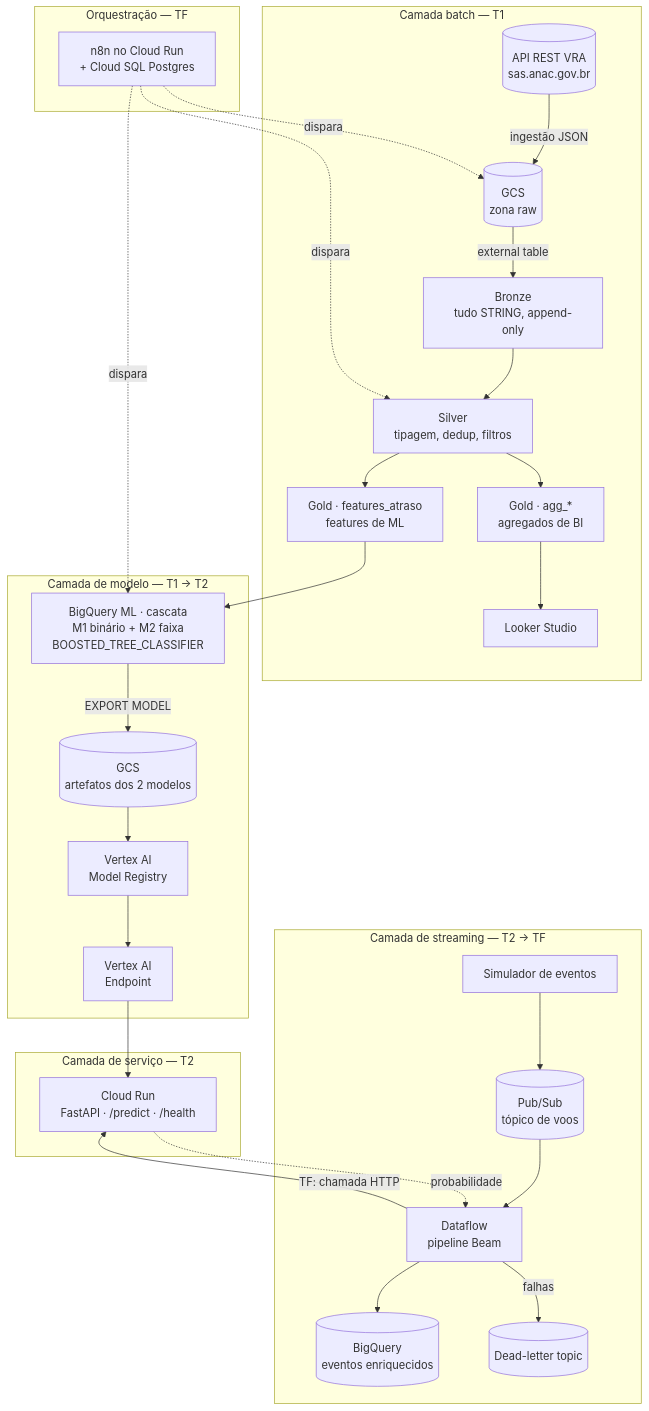
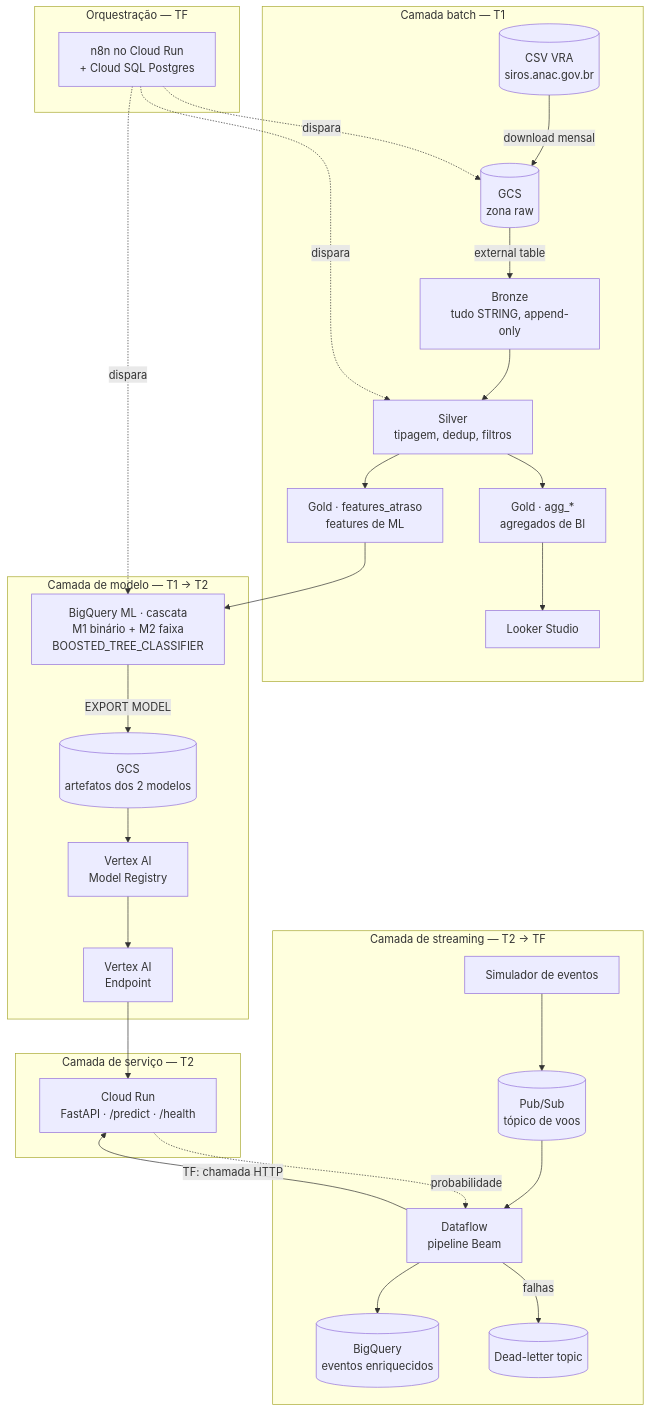
One commit to Joaohsim15/ANAC-PDM changed the diagram in docs/PRD.md. Above: the diagram before and after it, drawn with Mermaid. The commit also changed other lines of this file and 3 other files, not shown here.

````diff
--- a/docs/PRD.md
+++ b/docs/PRD.md
@@ -233,39 +265,39 @@
 ```mermaid
 flowchart TB
     subgraph batch["Camada batch — T1"]
-        ANAC[("API REST VRA<br/>sas.anac.gov.br")] -->|ingestão JSON| GCS[("GCS<br/>zona raw")]
+        ANAC[("CSV VRA<br/>siros.anac.gov.br")] -->|download mensal| GCS[("GCS<br/>zona raw")]
         GCS -->|external table| BRONZE["Bronze<br/>tudo STRING, append-only"]
         BRONZE --> SILVER["Silver<br/>tipagem, dedup, filtros"]
         SILVER --> GOLDAGG["Gold · agg_*<br/>agregados de BI"]
         SILVER --> GOLDML["Gold · features_atraso<br/>features de ML"]
         GOLDAGG --> LOOKER["Looker Studio"]
     end
 
     subgraph ml["Camada de modelo — T1 → T2"]
         GOLDML --> BQML["BigQuery ML · cascata<br/>M1 binário + M2 faixa<br/>BOOSTED_TREE_CLASSIFIER"]
         BQML -->|EXPORT MODEL| GCSMODEL[("GCS<br/>artefatos dos 2 modelos")]
         GCSMODEL --> REGISTRY["Vertex AI<br/>Model Registry"]
         REGISTRY --> ENDPOINT["Vertex AI<br/>Endpoint"]
     end
 
     subgraph serving["Camada de serviço — T2"]
         ENDPOINT --> API["Cloud Run<br/>FastAPI · /predict · /health"]
     end
 
     subgraph stream["Camada de streaming — T2 → TF"]
         SIM["Simulador de eventos"] --> PUBSUB[("Pub/Sub<br/>tópico de voos")]
         PUBSUB --> BEAM["Dataflow<br/>pipeline Beam"]
         BEAM -->|"TF: chamada HTTP"| API
         API -.->|probabilidade| BEAM
         BEAM --> ENRICHED[("BigQuery<br/>eventos enriquecidos")]
         BEAM -->|falhas| DLQ[("Dead-letter topic")]
     end
 
     subgraph orch["Orquestração — TF"]
         N8N["n8n no Cloud Run<br/>+ Cloud SQL Postgres"]
     end
 
     N8N -.->|dispara| GCS
     N8N -.->|dispara| SILVER
     N8N -.->|dispara| BQML
 ```
````
